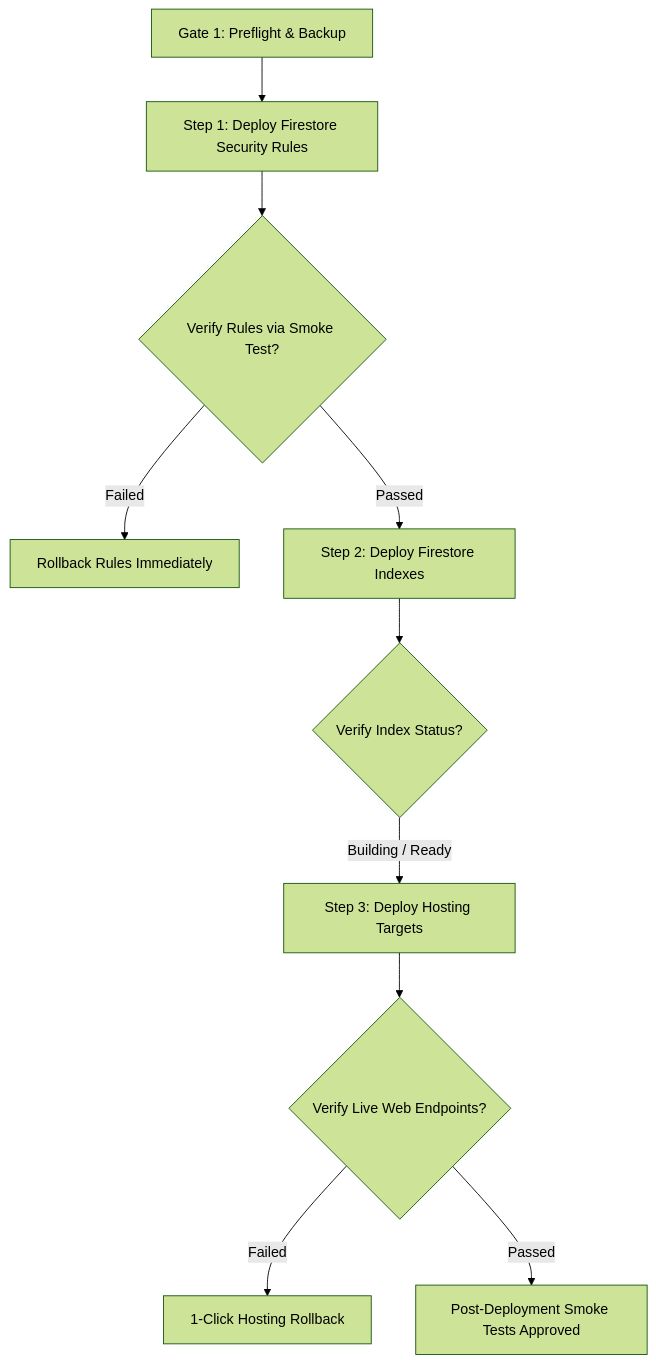
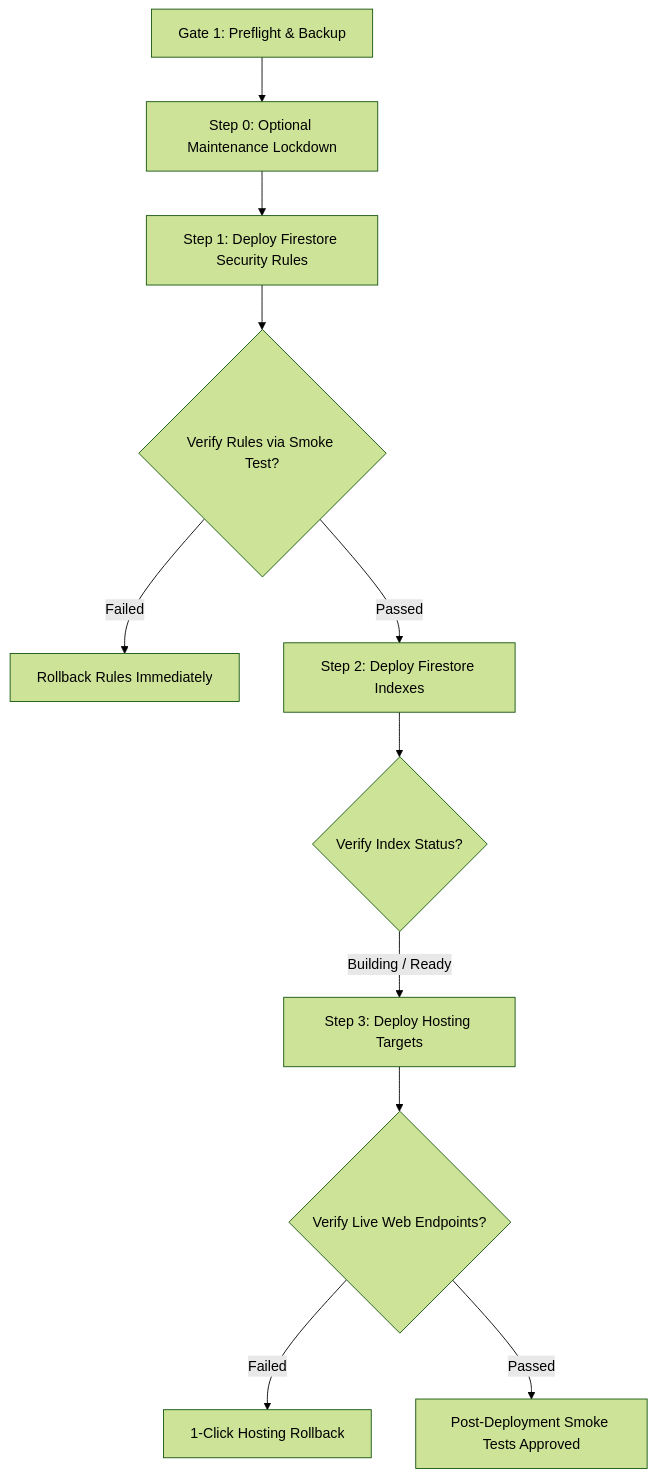
The diagram in department-agenda-firebase/docs/DEPLOYMENT_RUNBOOK.md (throwawaybtm/simak-diskum-v5), drawn with Mermaid (forest theme) before and after one commit. The commit also changed other lines of this file and 11 other files, not shown here.

````diff
--- a/department-agenda-firebase/docs/DEPLOYMENT_RUNBOOK.md
+++ b/department-agenda-firebase/docs/DEPLOYMENT_RUNBOOK.md
@@ -57,12 +58,13 @@
 ```mermaid
 flowchart TD
-    G1[Gate 1: Preflight & Backup] --> D1[Step 1: Deploy Firestore Security Rules]
+    G1[Gate 1: Preflight & Backup] --> M0[Step 0: Optional Maintenance Lockdown]
+    M0 --> D1[Step 1: Deploy Firestore Security Rules]
     D1 --> V1{Verify Rules via Smoke Test?}
     V1 -- Failed --> R1[Rollback Rules Immediately]
     V1 -- Passed --> D2[Step 2: Deploy Firestore Indexes]
     D2 --> V2{Verify Index Status?}
     V2 -- Building / Ready --> D3[Step 3: Deploy Hosting Targets]
     D3 --> V3{Verify Live Web Endpoints?}
     V3 -- Failed --> R2[1-Click Hosting Rollback]
     V3 -- Passed --> S1[Post-Deployment Smoke Tests Approved]
 ```
````
